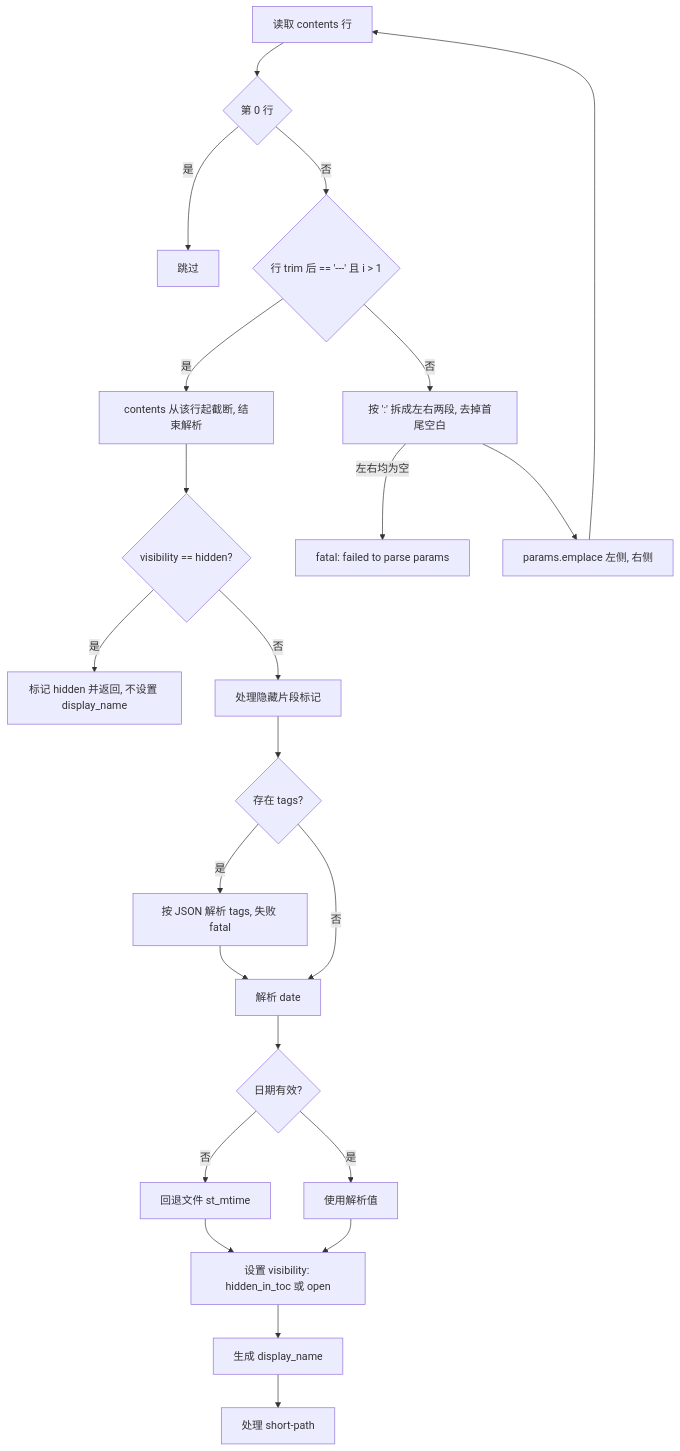
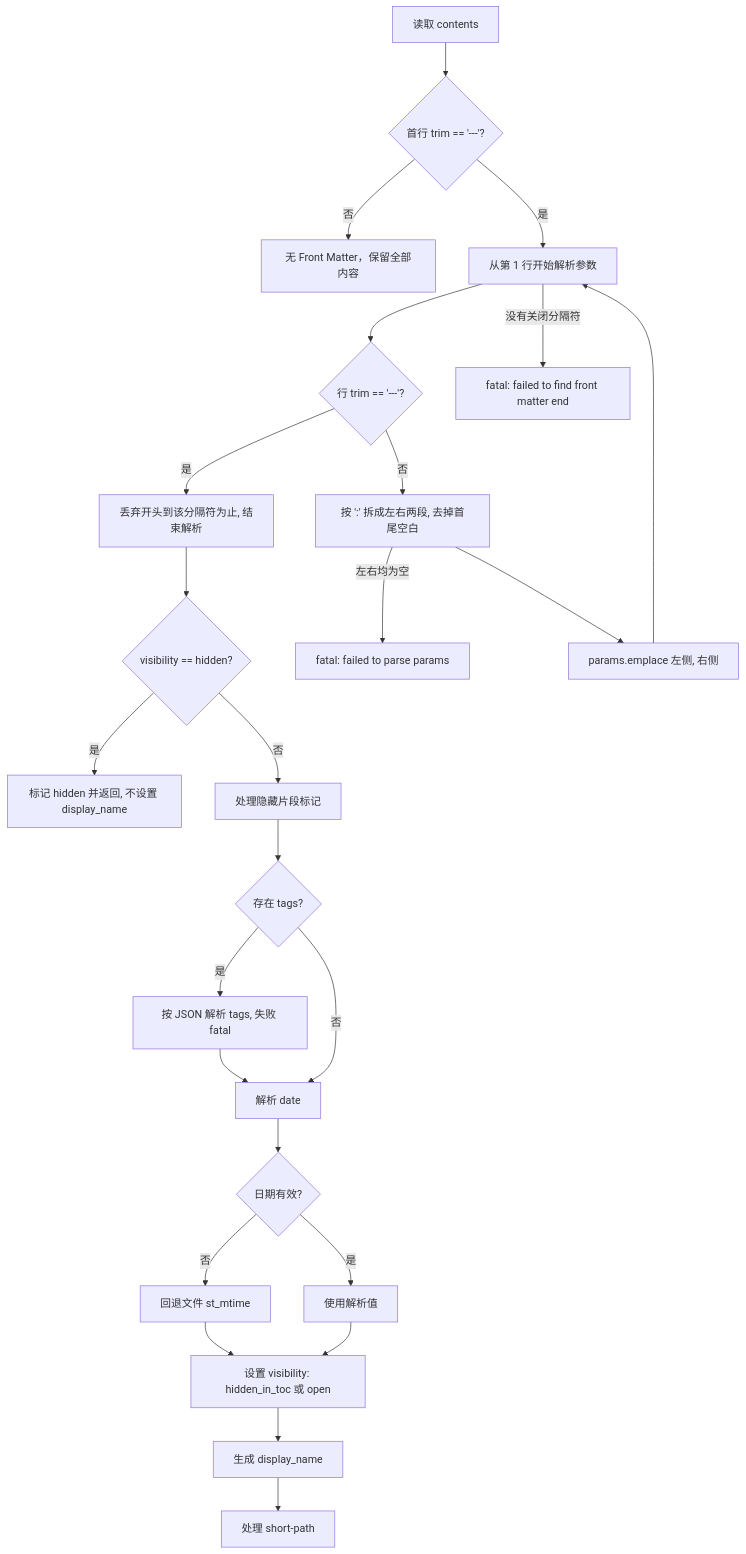
One commit to o8x/camus changed the second of 2 diagrams in docs/prd/04-catalog-and-posts.md. Above: the diagram before and after it, drawn with Mermaid. The commit also changed other lines of this file and 10 other files, not shown here.

Commit message:
fix: repair catalog routing, front matter, and config reload bugs

````diff
--- a/docs/prd/04-catalog-and-posts.md
+++ b/docs/prd/04-catalog-and-posts.md
@@ -73,25 +79,27 @@
 ```mermaid
 flowchart TD
-    A[读取 contents 行] --> B{第 0 行}
-    B -->|是| C[跳过]
-    B -->|否| D{行 trim 后 == '---' 且 i > 1}
-    D -->|是| E[contents 从该行起截断, 结束解析]
+    A[读取 contents] --> B{首行 trim == '---'?}
+    B -->|否| Z[无 Front Matter，保留全部内容]
+    B -->|是| C[从第 1 行开始解析参数]
+    C --> D{行 trim == '---'?}
+    D -->|是| E[丢弃开头到该分隔符为止, 结束解析]
     D -->|否| F[按 ':' 拆成左右两段, 去掉首尾空白]
     F -->|左右均为空| X[fatal: failed to parse params]
     F --> G[params.emplace 左侧, 右侧]
-    G --> A
+    G --> C
+    C -->|没有关闭分隔符| Y[fatal: failed to find front matter end]
     E --> H{visibility == hidden?}
     H -->|是| I[标记 hidden 并返回, 不设置 display_name]
     H -->|否| J[处理隐藏片段标记]
     J --> K{存在 tags?}
     K -->|是| L[按 JSON 解析 tags, 失败 fatal]
     K -->|否| M[解析 date]
     L --> M
     M --> N{日期有效?}
     N -->|否| O[回退文件 st_mtime]
     N -->|是| P[使用解析值]
     O --> Q[设置 visibility: hidden_in_toc 或 open]
     P --> Q
     Q --> R[生成 display_name]
     R --> S[处理 short-path]
 ```
````
